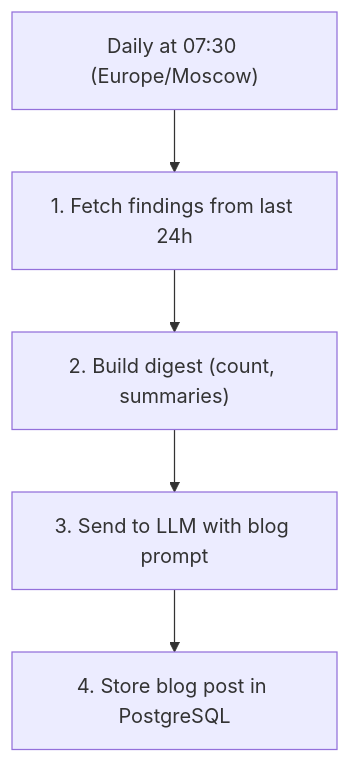
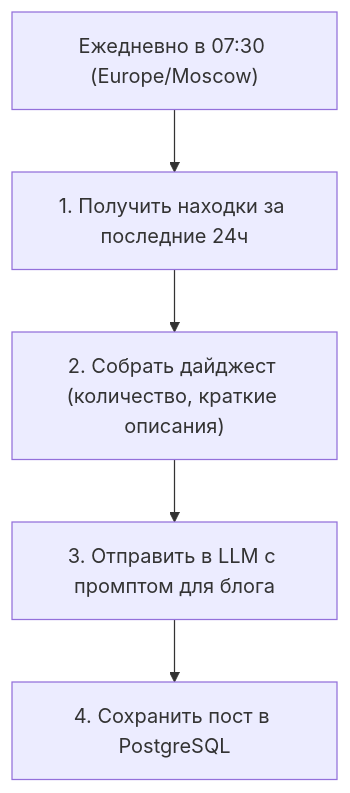
The third of 4 diagrams in docs/architecture.md (KatenKyoukotsu/auto-sre), drawn with Mermaid before and after one commit. The commit also changed other lines of this file and 5 other files, not shown here.

````diff
--- a/docs/architecture.md
+++ b/docs/architecture.md
@@ -81,8 +81,8 @@
 ```mermaid
 flowchart TD
-    T["Daily at 07:30 (Europe/Moscow)"]
-    T --> A["1. Fetch findings from last 24h"]
-    A --> B["2. Build digest (count, summaries)"]
-    B --> C["3. Send to LLM with blog prompt"]
-    C --> D["4. Store blog post in PostgreSQL"]
+    T["Ежедневно в 07:30 (Europe/Moscow)"]
+    T --> A["1. Получить находки за последние 24ч"]
+    A --> B["2. Собрать дайджест (количество, краткие описания)"]
+    B --> C["3. Отправить в LLM с промптом для блога"]
+    C --> D["4. Сохранить пост в PostgreSQL"]
 ```
````
